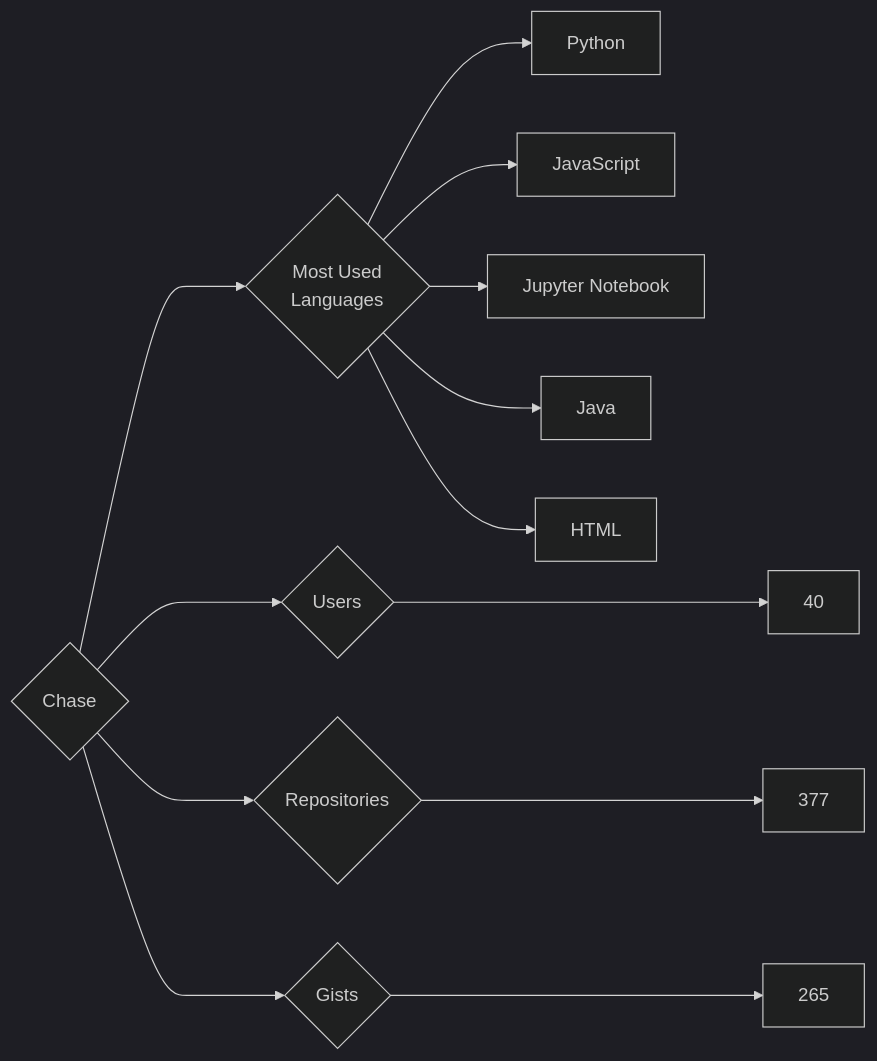
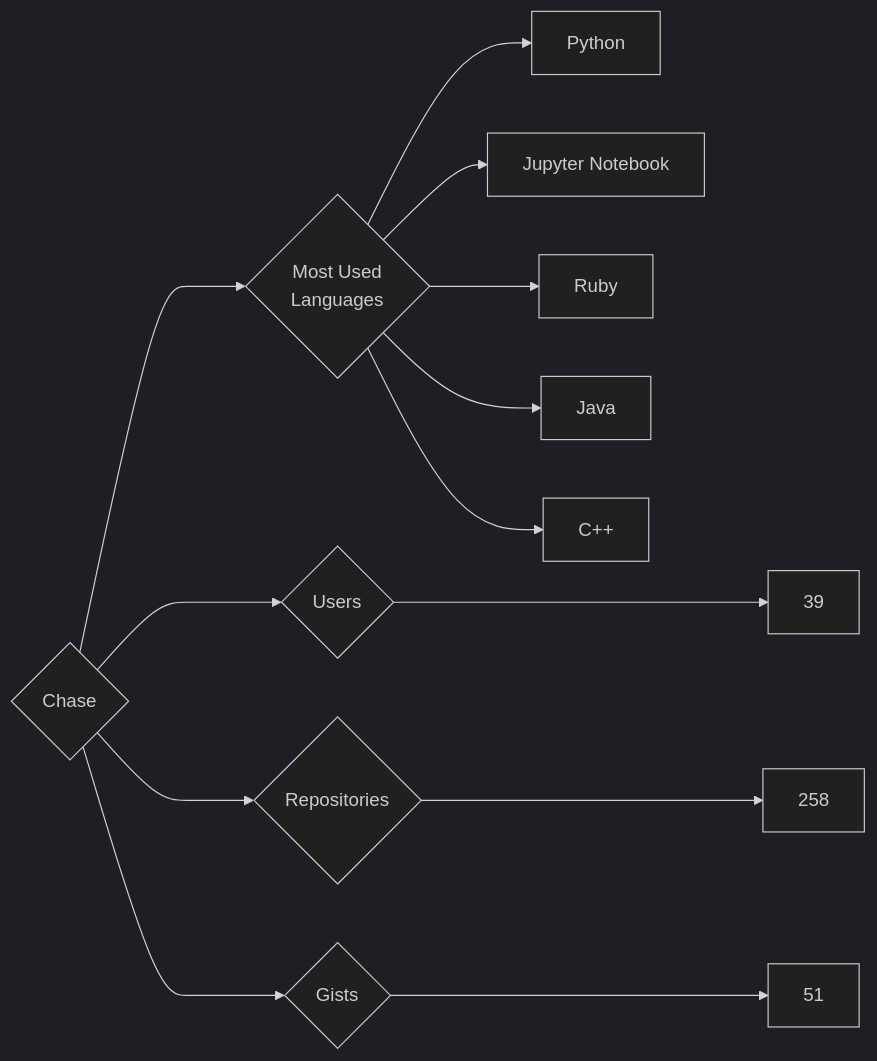
One commit to trickest/insiders changed the diagram in targets/Chase/README.md. Above: the diagram before and after it, drawn with Mermaid (dark theme). The commit also changed 847 other files, not shown here.

````diff
--- a/targets/Chase/README.md
+++ b/targets/Chase/README.md
@@ -3,13 +3,13 @@
 ```mermaid
 graph LR
 COMPANY_NAME{Chase}
-COMPANY_NAME ---> U{Users} ---> UN[40]
-COMPANY_NAME ---> R{Repositories} ---> RN[377]
-COMPANY_NAME ---> G{Gists} ---> GN[265]
+COMPANY_NAME ---> U{Users} ---> UN[39]
+COMPANY_NAME ---> R{Repositories} ---> RN[258]
+COMPANY_NAME ---> G{Gists} ---> GN[51]
 COMPANY_NAME ---> ML{Most Used<br>Languages}
 ML --> Python[Python]
-ML --> JavaScript[JavaScript]
 ML --> Jupyter_Notebook[Jupyter Notebook]
+ML --> Ruby[Ruby]
 ML --> Java[Java]
-ML --> HTML[HTML]
+ML --> C++[C++]
 ```
````
